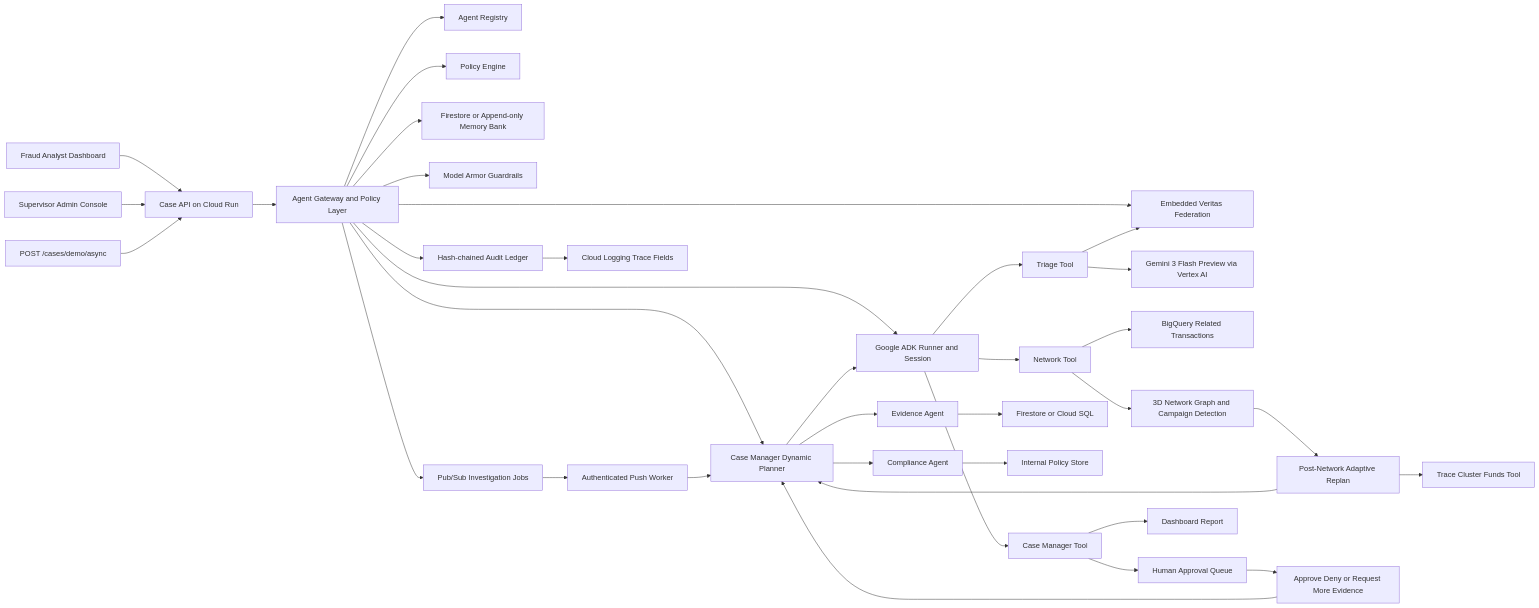
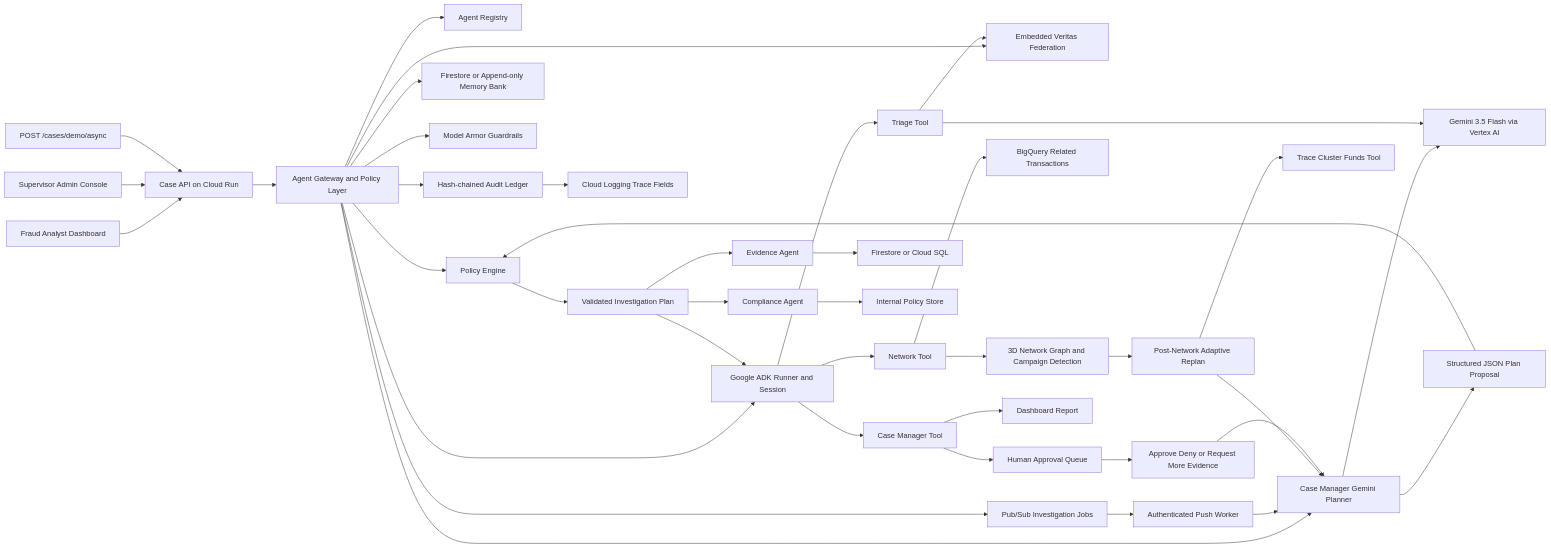
Before and after one commit to Kanghyeon5468/Tracelayer: the diagram in docs/architecture.mmd, drawn with Mermaid. The commit also changed 15 other files, not shown here.

```diff
--- a/docs/architecture.mmd
+++ b/docs/architecture.mmd
@@ -1,36 +1,40 @@
 flowchart LR
     Analyst[Fraud Analyst Dashboard] --> API[Case API on Cloud Run]
     Admin[Supervisor Admin Console] --> API
     PubEntry[POST /cases/demo/async] --> API
     API --> Gateway[Agent Gateway and Policy Layer]
     Gateway --> Registry[Agent Registry]
     Gateway --> Policy[Policy Engine]
-    Gateway --> Planner[Case Manager Dynamic Planner]
+    Gateway --> Planner[Case Manager Gemini Planner]
+    Planner --> Gemini[Gemini 3.5 Flash via Vertex AI]
+    Planner --> PlanProposal[Structured JSON Plan Proposal]
+    PlanProposal --> Policy
+    Policy --> ApprovedPlan[Validated Investigation Plan]
     Gateway --> ADK[Google ADK Runner and Session]
     Gateway --> Memory[Firestore or Append-only Memory Bank]
     Gateway --> Armor[Model Armor Guardrails]
     Gateway --> Audit[Hash-chained Audit Ledger]
     Gateway --> Veritas[Embedded Veritas Federation]
     Gateway --> PubSub[Pub/Sub Investigation Jobs]
     PubSub --> Worker[Authenticated Push Worker]
     Worker --> Planner
-    Planner --> ADK
+    ApprovedPlan --> ADK
+    ApprovedPlan --> Evidence[Evidence Agent]
+    ApprovedPlan --> Compliance[Compliance Agent]
     ADK --> Triage[Triage Tool]
     ADK --> Network[Network Tool]
-    Planner --> Evidence[Evidence Agent]
-    Planner --> Compliance[Compliance Agent]
     ADK --> CaseManager[Case Manager Tool]
-    Triage --> Gemini[Gemini 3 Flash Preview via Vertex AI]
+    Triage --> Gemini
     Triage --> Veritas
     Network --> BigQuery[BigQuery Related Transactions]
     Network --> Graph[3D Network Graph and Campaign Detection]
     Graph --> Adaptive[Post-Network Adaptive Replan]
     Adaptive --> Planner
     Adaptive --> TraceFunds[Trace Cluster Funds Tool]
     Evidence --> Firestore[Firestore or Cloud SQL]
     Compliance --> Policies[Internal Policy Store]
     CaseManager --> Approvals[Human Approval Queue]
     Approvals --> Feedback[Approve Deny or Request More Evidence]
     Feedback --> Planner
     CaseManager --> Reports[Dashboard Report]
     Audit --> Logging[Cloud Logging Trace Fields]
```
